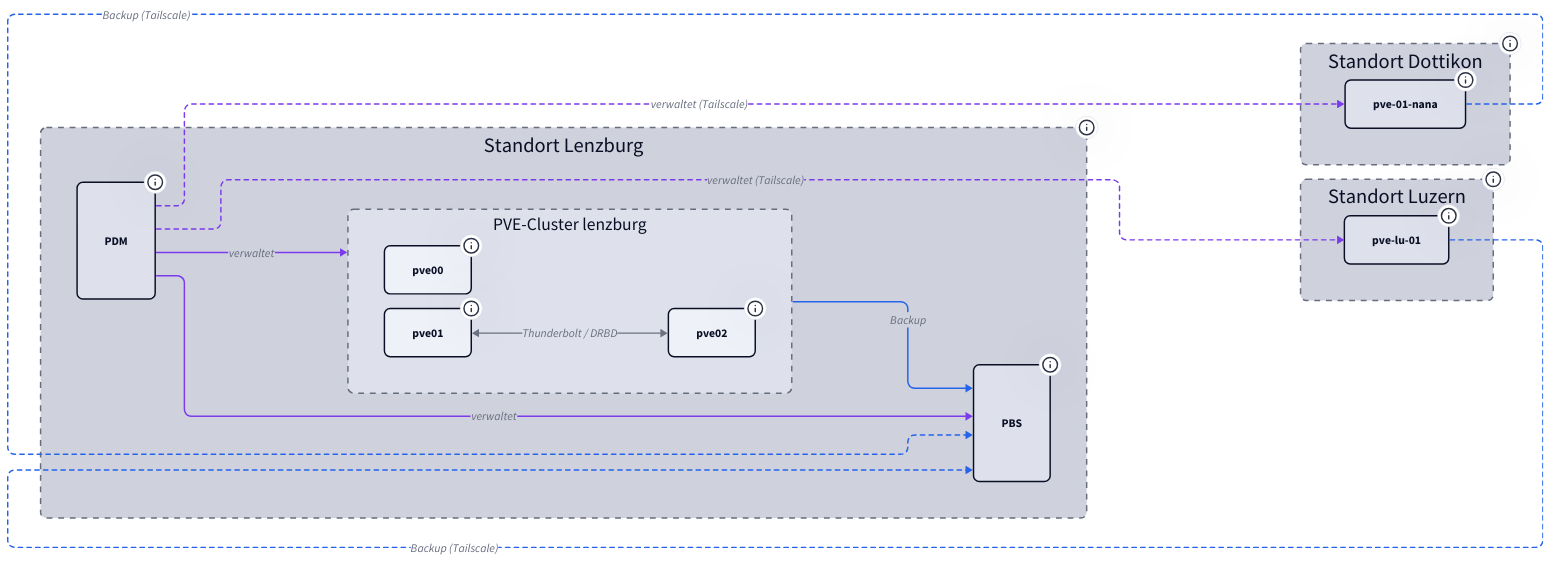
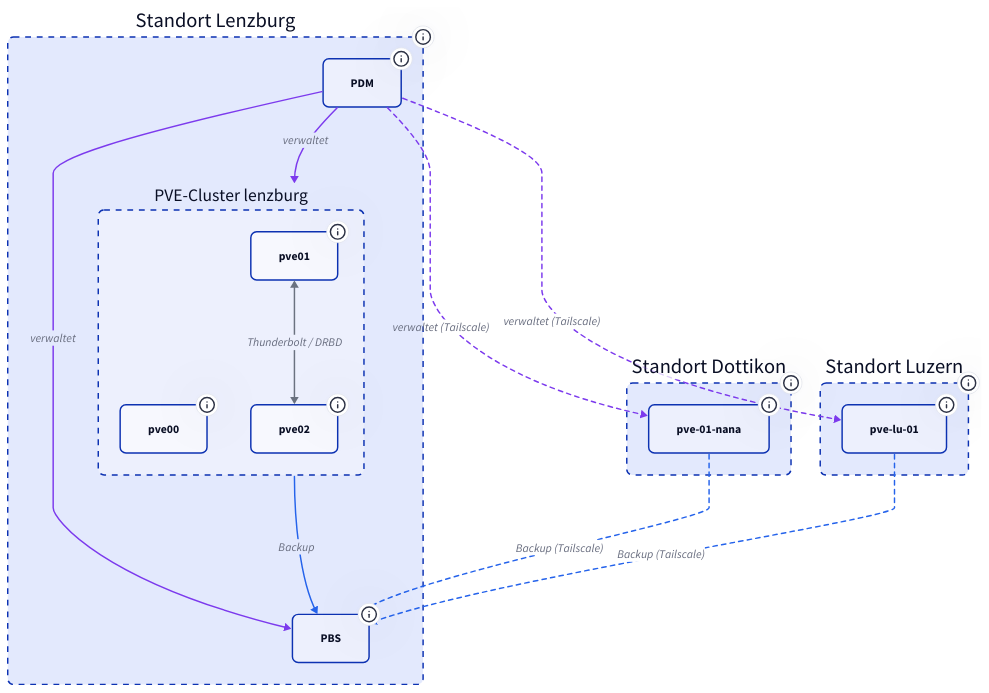
The diagram in docs/proxmox/index.md (derever-labs/homelab-wiki), drawn with D2 before and after one commit. The commit also changed 9 other files, not shown here.

First line of the commit message:
docs(infrastruktur): Diagramme fuer TALA ueberarbeiten (Batch B2) (#100)

````diff
--- a/docs/proxmox/index.md
+++ b/docs/proxmox/index.md
@@ -43,73 +43,64 @@
 ```d2
-vars: {
-  d2-config: {
-    theme-id: 1
-    layout-engine: elk
-  }
-}
-
 classes: {
   node: { style: { border-radius: 8 } }
   container: { style: { border-radius: 8; stroke-dash: 4 } }
 }
 
-direction: right
-
 lenzburg: Standort Lenzburg {
   class: container
-  tooltip: "Homelab-Hauptstandort, 10.0.2.0/24"
+  tooltip: "Hauptstandort, 10.0.0.0/22"
 
   cluster: PVE-Cluster lenzburg {
     class: container
     pve00: pve00 { class: node; tooltip: "10.0.2.40 | Quorum" }
-    pve01: pve01 { class: node; tooltip: "10.0.2.41 | Compute + MASTER" }
+    pve01: pve01 { class: node; tooltip: "10.0.2.41 | Compute" }
     pve02: pve02 { class: node; tooltip: "10.0.2.42 | Compute" }
     pve01 <-> pve02: Thunderbolt / DRBD {
       style.stroke: "#6b7280"
       tooltip: "10.99.1.0/24, Linstor-Replikation"
     }
   }
 
   pbs: PBS { class: node; tooltip: "10.0.2.50 | VM 99999 auf pve02" }
   pdm: PDM { class: node; tooltip: "10.0.2.60 | VM 99998 auf pve01" }
 }
 
 dottikon: Standort Dottikon {
   class: container
   tooltip: "192.168.2.0/23"
   nana: pve-01-nana { class: node; tooltip: "192.168.2.41 | TS 100.81.116.122" }
 }
 
 luzern: Standort Luzern {
   class: container
   tooltip: "172.16.0.0/24"
   pvelu: pve-lu-01 { class: node; tooltip: "172.16.0.200 | TS 100.112.213.18" }
 }
 
 lenzburg.pdm -> lenzburg.cluster: verwaltet {
   style.stroke: "#7c3aed"
 }
 lenzburg.pdm -> lenzburg.pbs: verwaltet {
   style.stroke: "#7c3aed"
 }
 lenzburg.pdm -> dottikon.nana: verwaltet (Tailscale) {
   style.stroke: "#7c3aed"
   style.stroke-dash: 3
 }
 lenzburg.pdm -> luzern.pvelu: verwaltet (Tailscale) {
   style.stroke: "#7c3aed"
   style.stroke-dash: 3
 }
 
 lenzburg.cluster -> lenzburg.pbs: Backup {
   style.stroke: "#2563eb"
 }
 dottikon.nana -> lenzburg.pbs: Backup (Tailscale) {
   style.stroke: "#2563eb"
   style.stroke-dash: 3
 }
 luzern.pvelu -> lenzburg.pbs: Backup (Tailscale) {
   style.stroke: "#2563eb"
   style.stroke-dash: 3
 }
 ```
````
